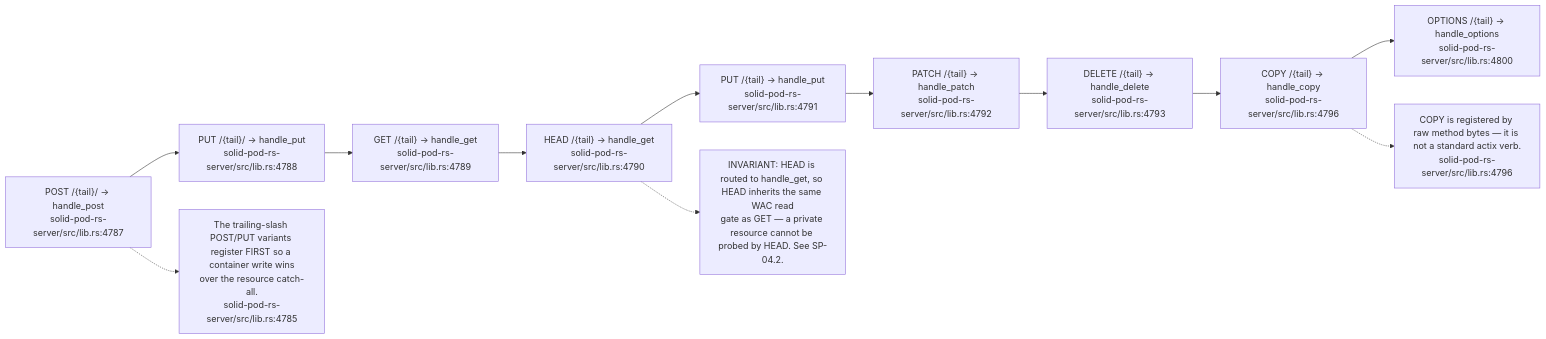
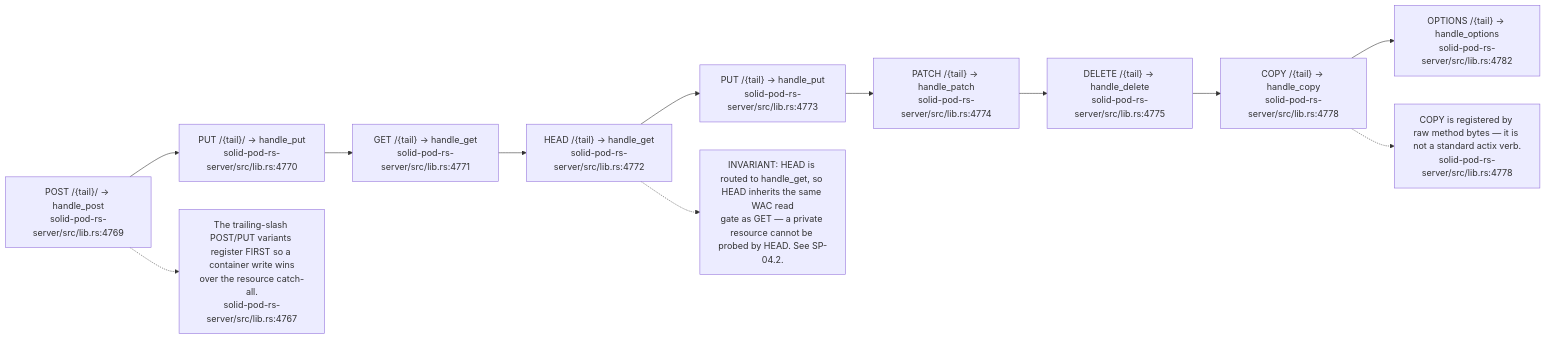
One commit to DreamLab-AI/VisionFlow changed the tenth of 11 diagrams in docs/diagrams/solid-pod-rs/02-server-boot-and-routes.md. Above: the diagram before and after it, drawn with Mermaid. The commit also changed other lines of this file and 21 other files, not shown here.

Commit message:
docs(diagrams): refresh first verified estate batch

````diff
--- a/docs/diagrams/solid-pod-rs/02-server-boot-and-routes.md
+++ b/docs/diagrams/solid-pod-rs/02-server-boot-and-routes.md
@@ -271,21 +269,21 @@
 ```mermaid
 flowchart LR
-    P1["POST /{tail}/ -> handle_post<br/>solid-pod-rs-server/src/lib.rs:4787"]
-    P2["PUT /{tail}/ -> handle_put<br/>solid-pod-rs-server/src/lib.rs:4788"]
-    G["GET /{tail} -> handle_get<br/>solid-pod-rs-server/src/lib.rs:4789"]
-    H["HEAD /{tail} -> handle_get<br/>solid-pod-rs-server/src/lib.rs:4790"]
-    PU["PUT /{tail} -> handle_put<br/>solid-pod-rs-server/src/lib.rs:4791"]
-    PA["PATCH /{tail} -> handle_patch<br/>solid-pod-rs-server/src/lib.rs:4792"]
-    DE["DELETE /{tail} -> handle_delete<br/>solid-pod-rs-server/src/lib.rs:4793"]
-    CO["COPY /{tail} -> handle_copy<br/>solid-pod-rs-server/src/lib.rs:4796"]
-    OP["OPTIONS /{tail} -> handle_options<br/>solid-pod-rs-server/src/lib.rs:4800"]
+    P1["POST /{tail}/ -> handle_post<br/>solid-pod-rs-server/src/lib.rs:4769"]
+    P2["PUT /{tail}/ -> handle_put<br/>solid-pod-rs-server/src/lib.rs:4770"]
+    G["GET /{tail} -> handle_get<br/>solid-pod-rs-server/src/lib.rs:4771"]
+    H["HEAD /{tail} -> handle_get<br/>solid-pod-rs-server/src/lib.rs:4772"]
+    PU["PUT /{tail} -> handle_put<br/>solid-pod-rs-server/src/lib.rs:4773"]
+    PA["PATCH /{tail} -> handle_patch<br/>solid-pod-rs-server/src/lib.rs:4774"]
+    DE["DELETE /{tail} -> handle_delete<br/>solid-pod-rs-server/src/lib.rs:4775"]
+    CO["COPY /{tail} -> handle_copy<br/>solid-pod-rs-server/src/lib.rs:4778"]
+    OP["OPTIONS /{tail} -> handle_options<br/>solid-pod-rs-server/src/lib.rs:4782"]
 
     P1 --> P2 --> G --> H --> PU --> PA --> DE --> CO --> OP
 
-    N1["The trailing-slash POST/PUT variants register FIRST so a container write wins\nover the resource catch-all.<br/>solid-pod-rs-server/src/lib.rs:4785"]
+    N1["The trailing-slash POST/PUT variants register FIRST so a container write wins\nover the resource catch-all.<br/>solid-pod-rs-server/src/lib.rs:4767"]
     P1 -.-> N1
     N2["INVARIANT: HEAD is routed to handle_get, so HEAD inherits the same WAC read\ngate as GET — a private resource cannot be probed by HEAD. See SP-04.2."]
     H -.-> N2
-    N3["COPY is registered by raw method bytes — it is not a standard actix verb.<br/>solid-pod-rs-server/src/lib.rs:4796"]
+    N3["COPY is registered by raw method bytes — it is not a standard actix verb.<br/>solid-pod-rs-server/src/lib.rs:4778"]
     CO -.-> N3
 ```
````
